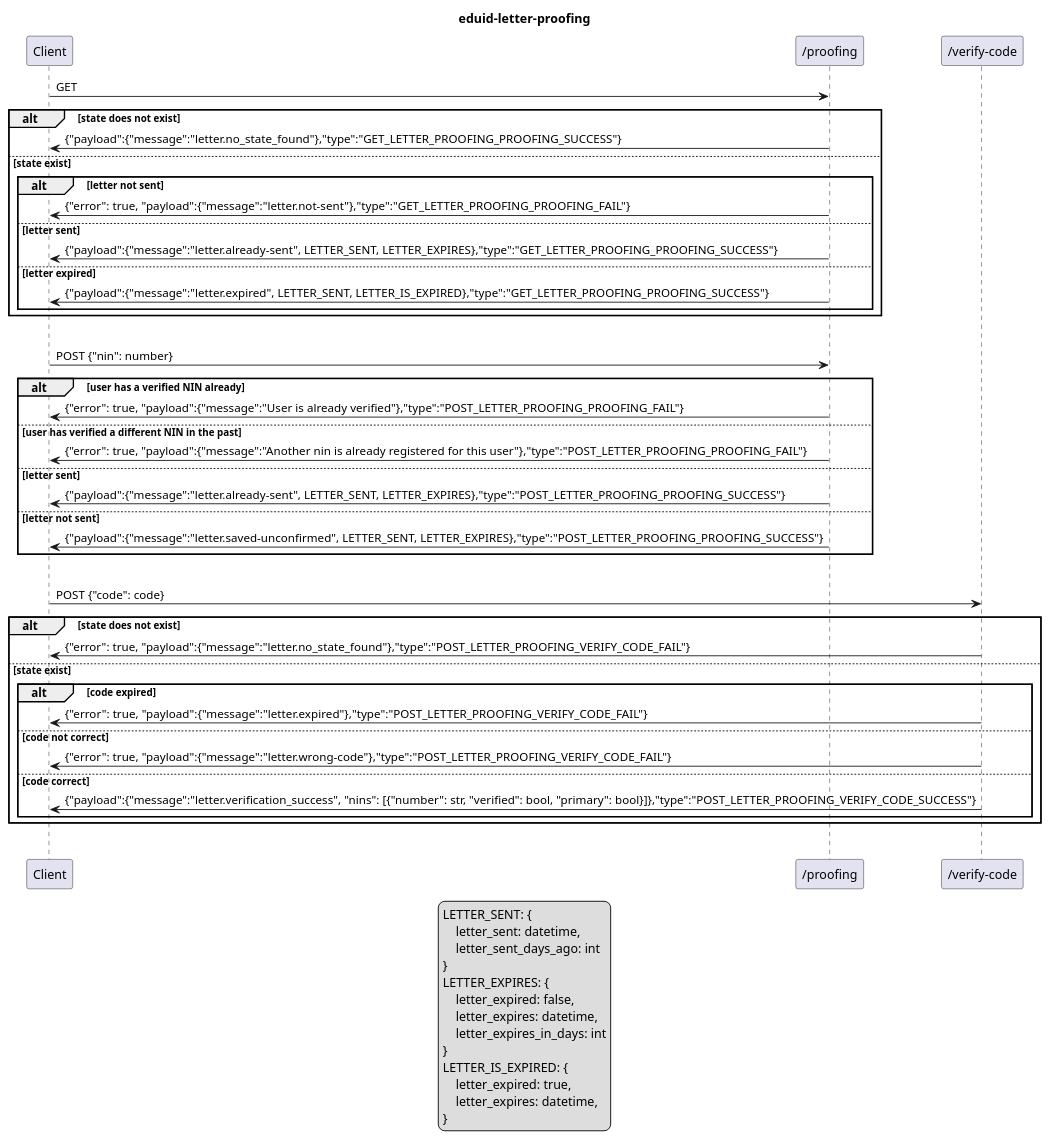
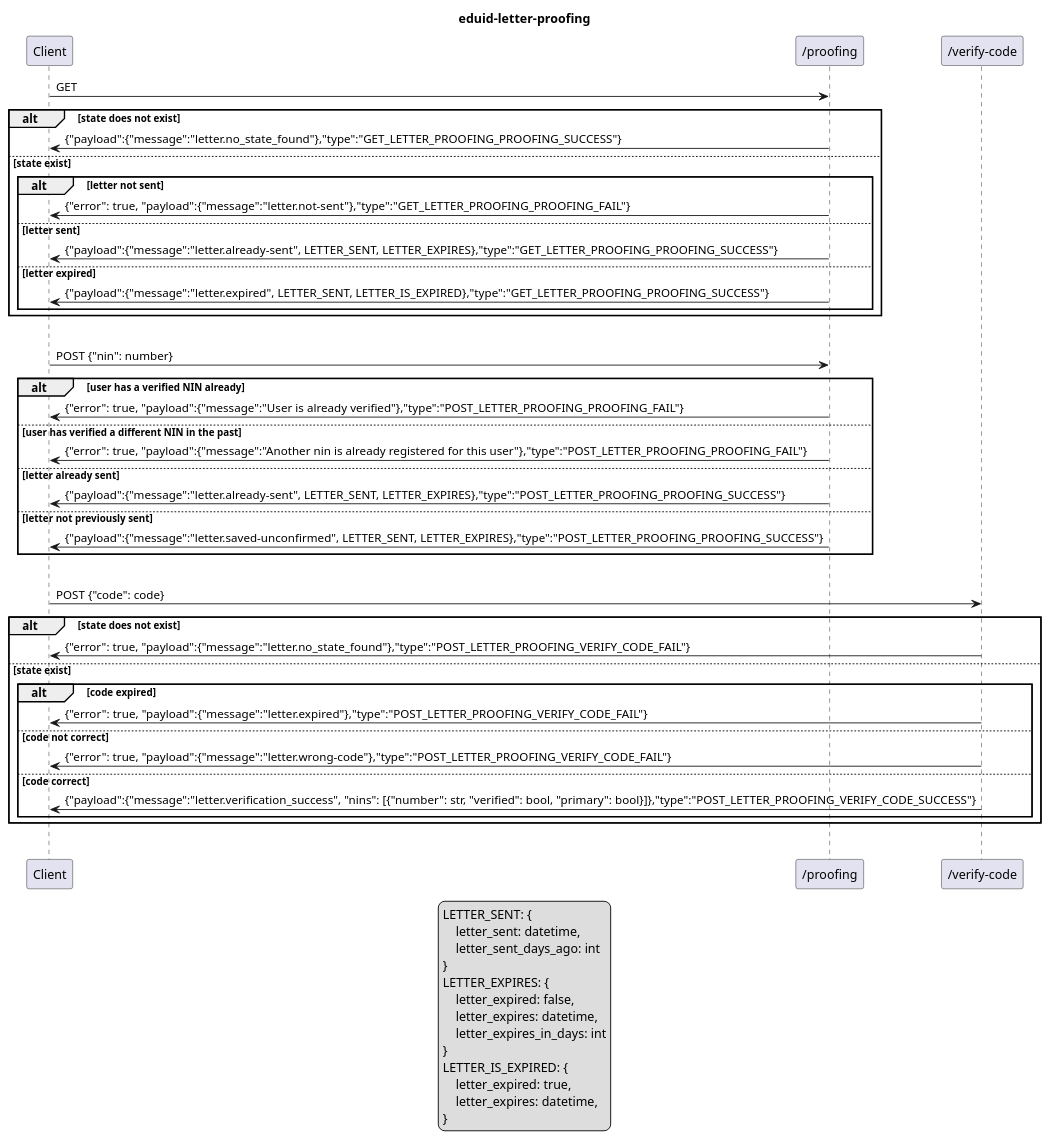
The diagram in doc/letter_proofing.puml (SUNET/eduid-backend), drawn with PlantUML before and after one commit. The commit also changed 1 other file, not shown here.

```diff
--- a/doc/letter_proofing.puml
+++ b/doc/letter_proofing.puml
@@ -1,59 +1,59 @@
 @startuml
 title eduid-letter-proofing
 
 legend
     LETTER_SENT: {
         letter_sent: datetime,
         letter_sent_days_ago: int
     }
     LETTER_EXPIRES: {
         letter_expired: false,
         letter_expires: datetime,
         letter_expires_in_days: int
     }
     LETTER_IS_EXPIRED: {
         letter_expired: true,
         letter_expires: datetime,
     }
 end legend
 
 Client->"/proofing": GET
 alt state does not exist
     "/proofing"->Client: {"payload":{"message":"letter.no_state_found"},"type":"GET_LETTER_PROOFING_PROOFING_SUCCESS"}
 else state exist
     alt letter not sent
         "/proofing"->Client: {"error": true, "payload":{"message":"letter.not-sent"},"type":"GET_LETTER_PROOFING_PROOFING_FAIL"}
     else letter sent
         "/proofing"->Client: {"payload":{"message":"letter.already-sent", LETTER_SENT, LETTER_EXPIRES},"type":"GET_LETTER_PROOFING_PROOFING_SUCCESS"}
     else letter expired
         "/proofing"->Client: {"payload":{"message":"letter.expired", LETTER_SENT, LETTER_IS_EXPIRED},"type":"GET_LETTER_PROOFING_PROOFING_SUCCESS"}
     end
 end
 |||
 
 Client->"/proofing": POST {"nin": number}
 alt user has a verified NIN already
     "/proofing"->Client: {"error": true, "payload":{"message":"User is already verified"},"type":"POST_LETTER_PROOFING_PROOFING_FAIL"}
 else user has verified a different NIN in the past
     "/proofing"->Client: {"error": true, "payload":{"message":"Another nin is already registered for this user"},"type":"POST_LETTER_PROOFING_PROOFING_FAIL"}
-else letter sent
+else letter already sent
     "/proofing"->Client: {"payload":{"message":"letter.already-sent", LETTER_SENT, LETTER_EXPIRES},"type":"POST_LETTER_PROOFING_PROOFING_SUCCESS"}
-else letter not sent
+else letter not previously sent
     "/proofing"->Client: {"payload":{"message":"letter.saved-unconfirmed", LETTER_SENT, LETTER_EXPIRES},"type":"POST_LETTER_PROOFING_PROOFING_SUCCESS"}
 end
 |||
 
 Client -> "/verify-code": POST {"code": code}
 alt state does not exist
     "/verify-code"->Client: {"error": true, "payload":{"message":"letter.no_state_found"},"type":"POST_LETTER_PROOFING_VERIFY_CODE_FAIL"}
 else state exist
     alt code expired
         "/verify-code"->Client: {"error": true, "payload":{"message":"letter.expired"},"type":"POST_LETTER_PROOFING_VERIFY_CODE_FAIL"}
     else code not correct
         "/verify-code"->Client: {"error": true, "payload":{"message":"letter.wrong-code"},"type":"POST_LETTER_PROOFING_VERIFY_CODE_FAIL"}
     else code correct
         "/verify-code"->Client: {"payload":{"message":"letter.verification_success", "nins": [{"number": str, "verified": bool, "primary": bool}]},"type":"POST_LETTER_PROOFING_VERIFY_CODE_SUCCESS"}
     end
 end
 |||
 @enduml
```
